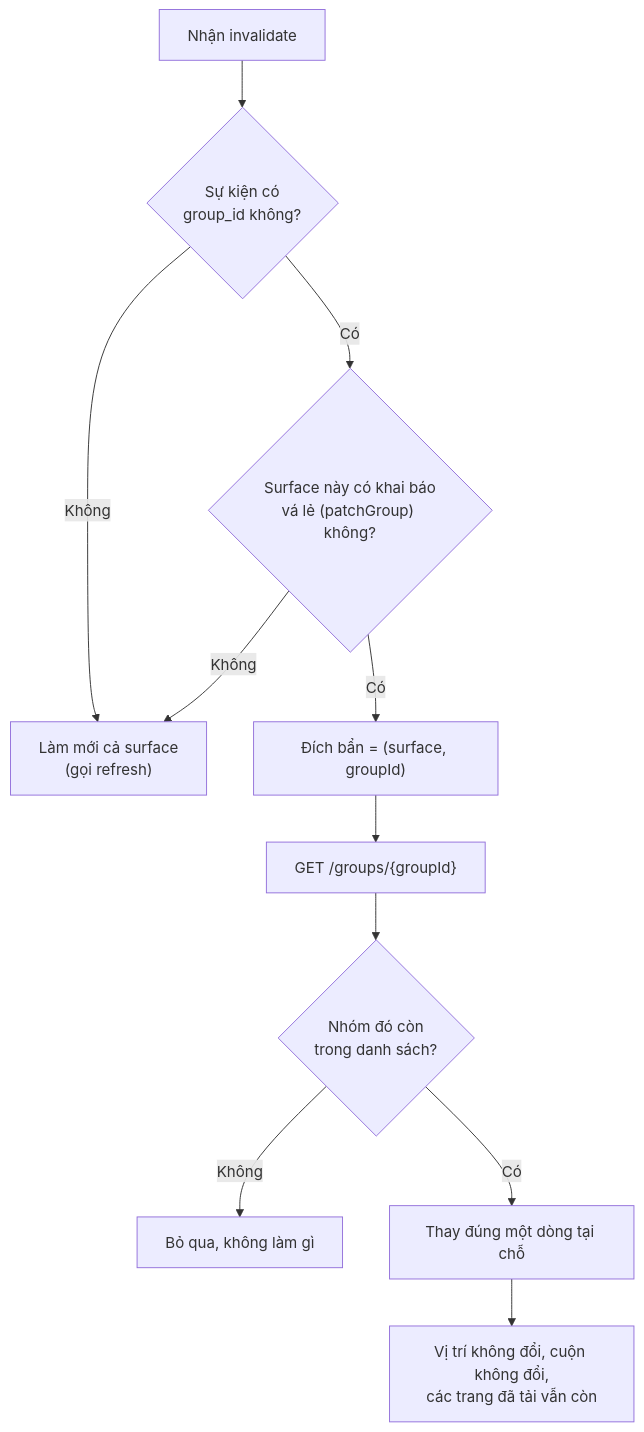
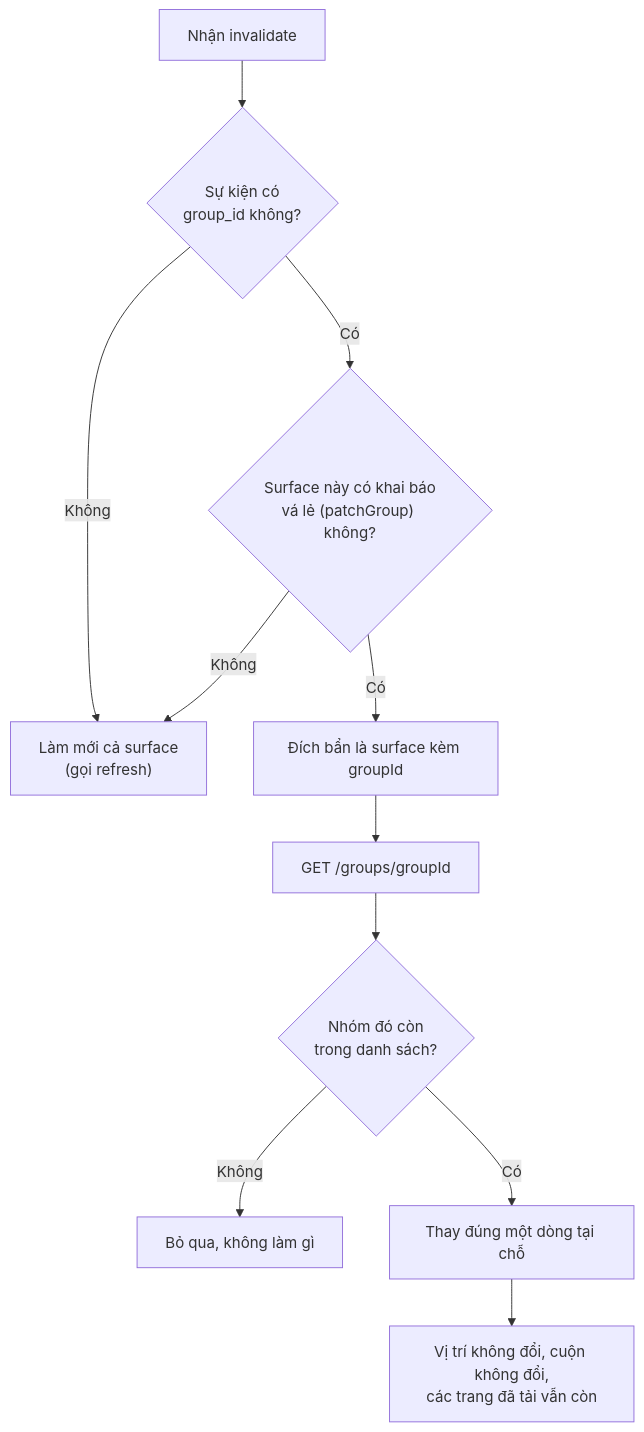
The eighth of 9 diagrams in flow/08-realtime.md (FintechVSF-Tranning/PaySplit-RP), drawn with Mermaid before and after one commit. The commit also changed other lines of this file and 7 other files, not shown here.

First line of the commit message:
Refactor notification flow and admin management documentation

````diff
--- a/flow/08-realtime.md
+++ b/flow/08-realtime.md
@@ -360,13 +422,13 @@
 ```mermaid
 flowchart TD
     A["Nhận invalidate"] --> B{"Sự kiện có<br/>group_id không?"}
     B -->|"Không"| C["Làm mới cả surface<br/>(gọi refresh)"]
     B -->|"Có"| D{"Surface này có khai báo<br/>vá lẻ (patchGroup) không?"}
     D -->|"Không"| C
-    D -->|"Có"| E["Đích bẩn = (surface, groupId)"]
-    E --> F["GET /groups/{groupId}"]
+    D -->|"Có"| E["Đích bẩn là surface kèm groupId"]
+    E --> F["GET /groups/groupId"]
     F --> G{"Nhóm đó còn<br/>trong danh sách?"}
     G -->|"Không"| H["Bỏ qua, không làm gì"]
     G -->|"Có"| I["Thay đúng một dòng tại chỗ"]
     I --> J["Vị trí không đổi, cuộn không đổi,<br/>các trang đã tải vẫn còn"]
 ```
````
